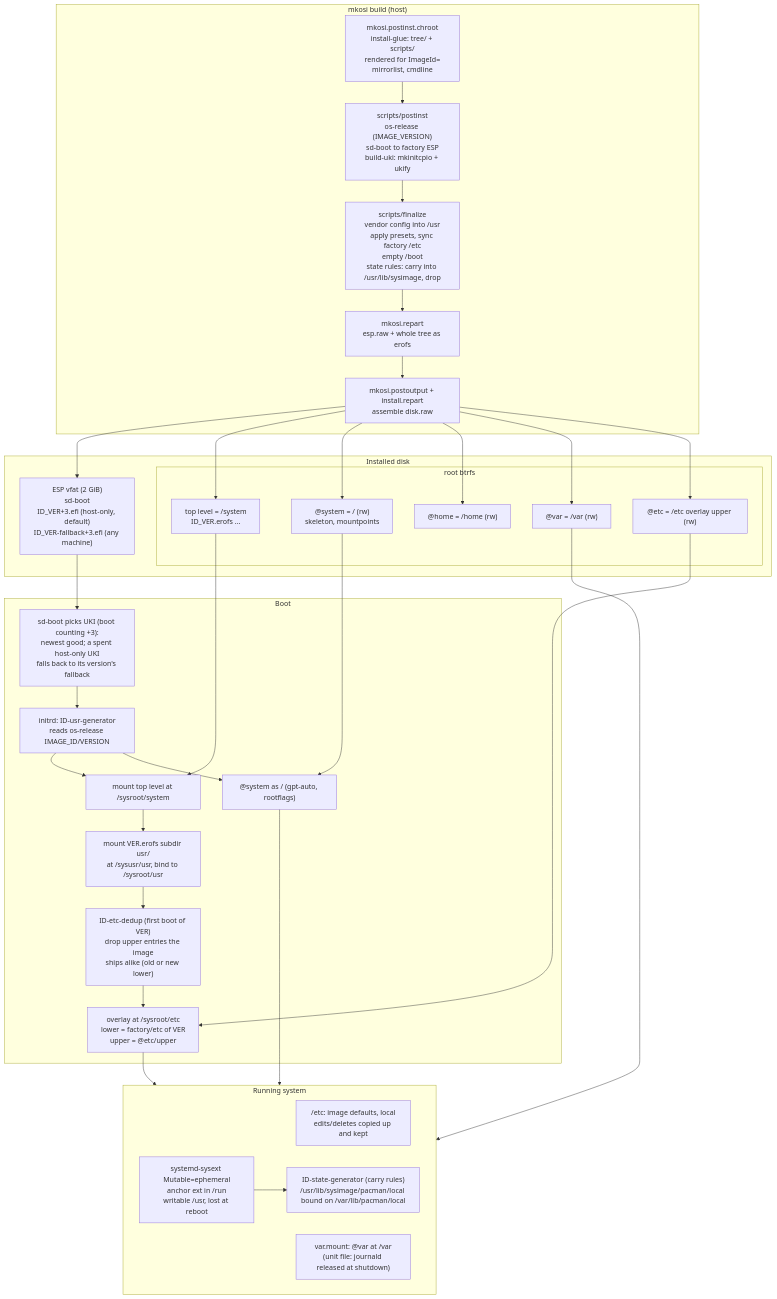
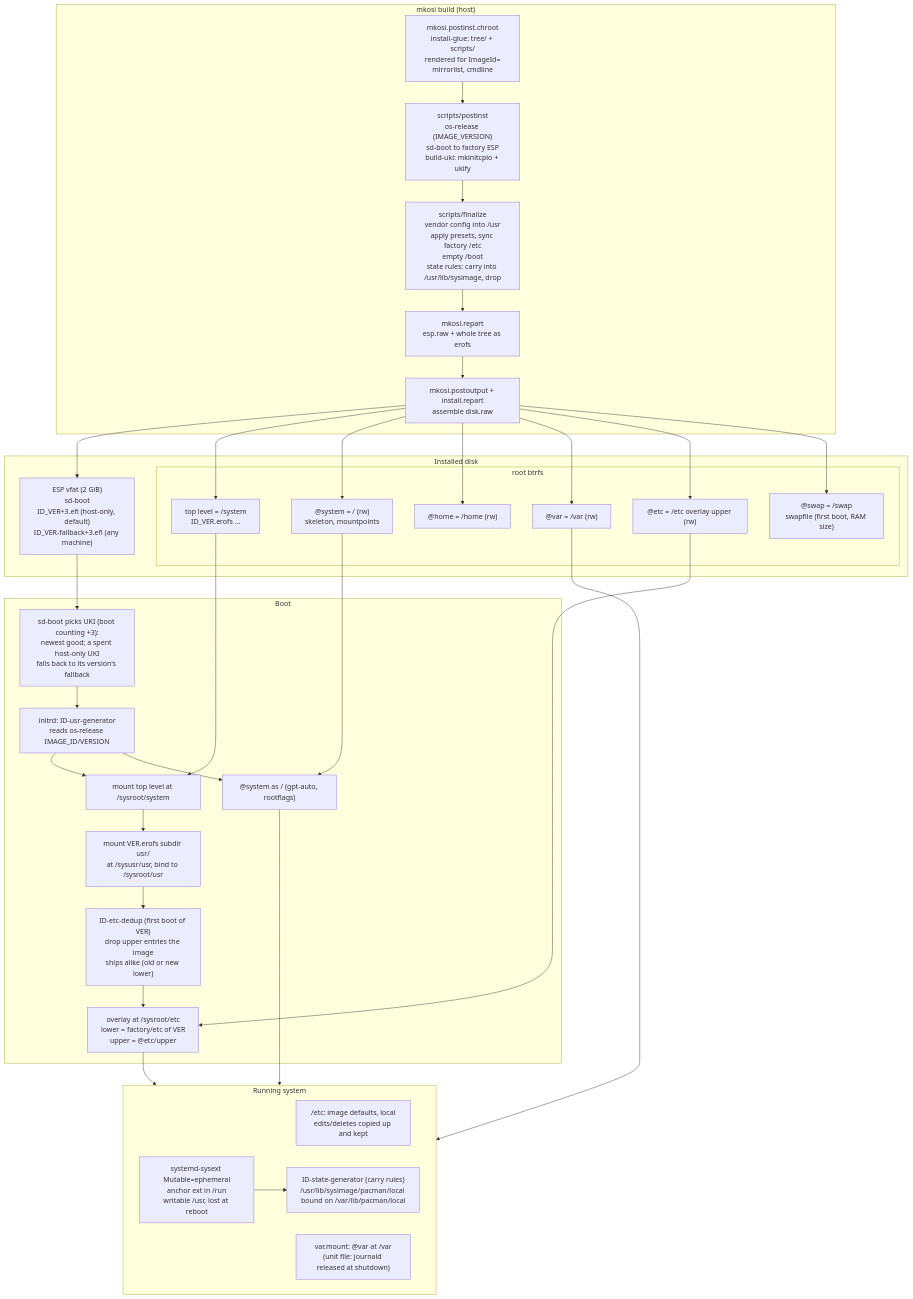
The first of 2 diagrams in docs/DESIGN.md (h8d13/caeoma), drawn with Mermaid before and after one commit. The commit also changed 11 other files, not shown here.

First line of the commit message:
feat(swap): zram first, a RAM-sized swapfile in [at]swap

````diff
--- a/docs/DESIGN.md
+++ b/docs/DESIGN.md
@@ -7,58 +7,60 @@
 ```mermaid
 flowchart TD
 	subgraph BUILD["mkosi build (host)"]
 		P["mkosi.postinst.chroot<br/>install-glue: tree/ + scripts/<br/>rendered for ImageId=<br/>mirrorlist, cmdline"]
 		PI["scripts/postinst<br/>os-release (IMAGE_VERSION)<br/>sd-boot to factory ESP<br/>build-uki: mkinitcpio + ukify"]
 		F["scripts/finalize<br/>vendor config into /usr<br/>apply presets, sync factory /etc<br/>empty /boot<br/>state rules: carry into /usr/lib/sysimage, drop"]
 		R["mkosi.repart<br/>esp.raw + whole tree as erofs"]
 		PO["mkosi.postoutput + install.repart<br/>assemble disk.raw"]
 		P --> PI --> F --> R --> PO
 	end
 
 	subgraph DISK["Installed disk"]
 		ESP["ESP vfat (2 GiB)<br/>sd-boot<br/>ID_VER+3.efi (host-only, default)<br/>ID_VER-fallback+3.efi (any machine)"]
 		subgraph BTRFS["root btrfs"]
 			TOP["top level = /system<br/>ID_VER.erofs ..."]
 			SYS["@system = / (rw)<br/>skeleton, mountpoints"]
 			HOME["@home = /home (rw)"]
 			VAR["@var = /var (rw)"]
 			ETCU["@etc = /etc overlay upper (rw)"]
+			SWAP["@swap = /swap<br/>swapfile (first boot, RAM size)"]
 		end
 	end
 
 	PO --> ESP
 	PO --> TOP
 	PO --> SYS
 	PO --> HOME
 	PO --> VAR
 	PO --> ETCU
+	PO --> SWAP
 
 	subgraph BOOT["Boot"]
 		SB["sd-boot picks UKI (boot counting +3):<br/>newest good; a spent host-only UKI<br/>falls back to its version's fallback"]
 		GEN["initrd: ID-usr-generator<br/>reads os-release IMAGE_ID/VERSION"]
 		M1["mount top level at /sysroot/system"]
 		M2["mount VER.erofs subdir usr/<br/>at /sysusr/usr, bind to /sysroot/usr"]
 		ROOT["@system as / (gpt-auto, rootflags)"]
 		DD["ID-etc-dedup (first boot of VER)<br/>drop upper entries the image<br/>ships alike (old or new lower)"]
 		M3["overlay at /sysroot/etc<br/>lower = factory/etc of VER<br/>upper = @etc/upper"]
 		SB --> GEN --> M1 --> M2 --> DD --> M3
 		GEN --> ROOT
 	end
 
 	ESP --> SB
 	TOP --> M1
 	SYS --> ROOT
 	ETCU --> M3
 	VAR --> RUN
 
 	subgraph RUN["Running system"]
 		ETC["/etc: image defaults, local<br/>edits/deletes copied up and kept"]
 		VM["var.mount: @var at /var<br/>(unit file: journald released at shutdown)"]
 		PAC["ID-state-generator (carry rules)<br/>/usr/lib/sysimage/pacman/local bound on /var/lib/pacman/local"]
 		SX["systemd-sysext Mutable=ephemeral<br/>anchor ext in /run<br/>writable /usr, lost at reboot"]
 		SX --> PAC
 	end
 
 	M3 --> RUN
 	ROOT --> RUN
 ```
````
